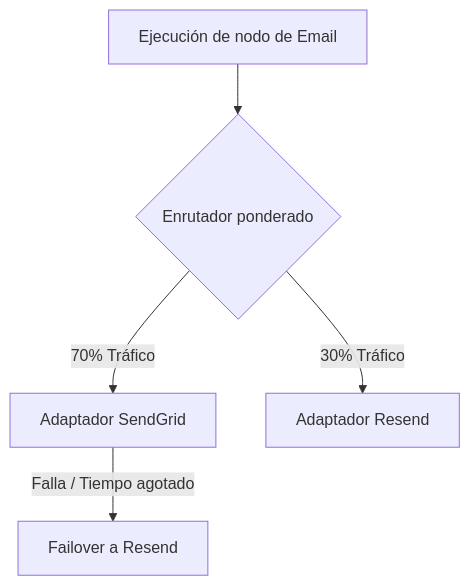
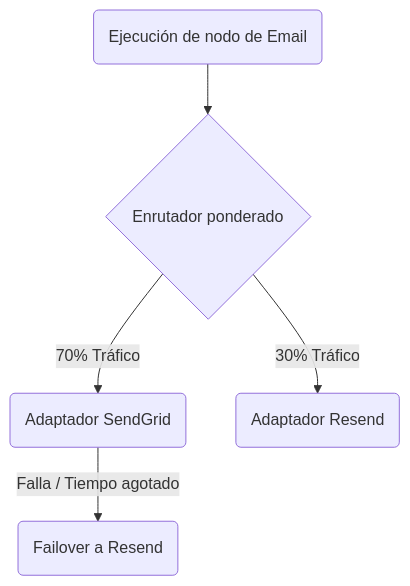
Before and after one commit to KriyanshKhunt/nexus_docs: the diagram in content/docs/es/platform/concepts/byop.mdx, drawn with Mermaid. The commit also changed 20 other files, not shown here.

Commit message:
Handle es Mermaid charts

````diff
--- a/content/docs/es/platform/concepts/byop.mdx
+++ b/content/docs/es/platform/concepts/byop.mdx
@@ -41,7 +41,7 @@
 ```mermaid
 flowchart TD
-    Trigger[Ejecución de nodo de Email] --> Router{Enrutador ponderado}
-    Router -->|70% Tráfico| SG[Adaptador SendGrid]
-    Router -->|30% Tráfico| RS[Adaptador Resend]
-    SG -->|Falla / Tiempo agotado| Fallback[Failover a Resend]
+    Trigger(Ejecución de nodo de Email) --> Router{Enrutador ponderado}
+    Router -->|70% Tráfico| SG(Adaptador SendGrid)
+    Router -->|30% Tráfico| RS(Adaptador Resend)
+    SG -->|Falla / Tiempo agotado| Fallback(Failover a Resend)
 ```
````
